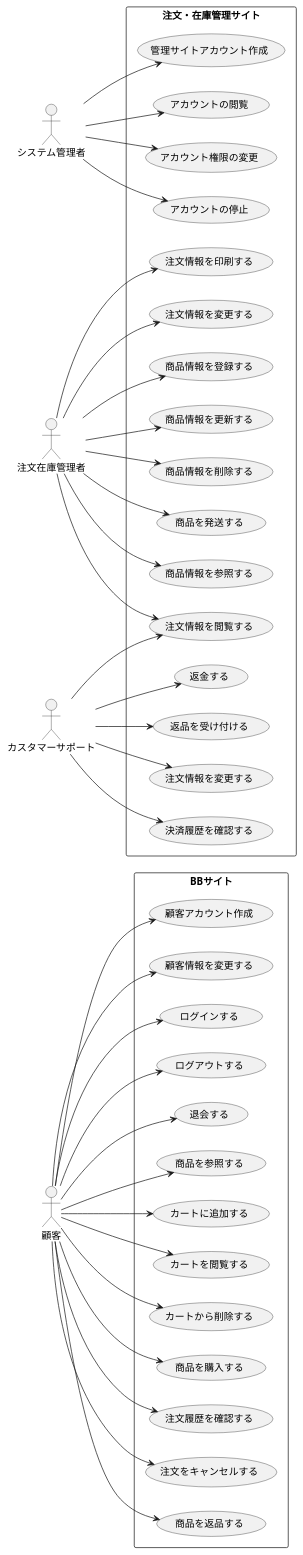
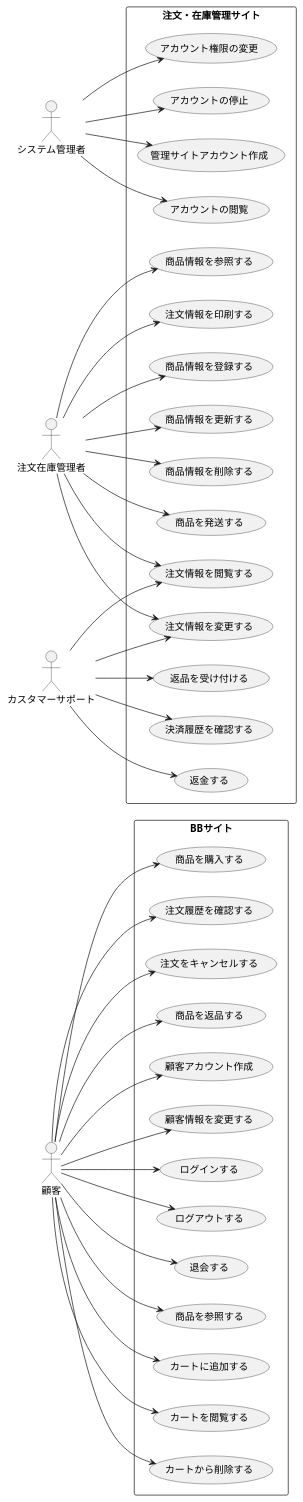
Before and after one commit to FujikawaHirono0520/group3_1_dogdog: the diagram in BB/usecase.pu, drawn with PlantUML.

Commit message:
【修正】二つある項目をひとつに統合

```diff
--- a/BB/usecase.pu
+++ b/BB/usecase.pu
@@ -1,80 +1,79 @@
 @startuml BB注文管理システムユースケース図
 left to right direction
 actor 顧客 as U
 
 actor システム管理者 as M
 
 actor 注文在庫管理者 as SM
 
 actor カスタマーサポート as CS
 
 rectangle BBサイト {
   usecase "顧客アカウント作成" as UC1
   usecase "顧客情報を変更する" as UC2
   usecase "ログインする" as UC3
   usecase "ログアウトする" as UC4
   usecase "退会する" as UC5
   usecase "商品を参照する" as UC6
   usecase "カートに追加する" as UC7
   usecase "カートを閲覧する" as UC8
   usecase "カートから削除する" as UC9
   usecase "商品を購入する" as UC10
   usecase "注文履歴を確認する" as UC11
   usecase "注文をキャンセルする" as UC12
   usecase "商品を返品する" as UC13
 }
 
 rectangle 注文・在庫管理サイト {
   usecase "管理サイトアカウント作成" as UC14
   usecase "アカウントの閲覧" as UC15
   usecase "アカウント権限の変更" as UC16
   usecase "アカウントの停止" as UC17
   usecase "商品情報を登録する" as UC18
   usecase "商品情報を更新する" as UC19
   usecase "商品情報を削除する" as UC20
   usecase "商品を発送する" as UC21
   usecase "商品情報を参照する" as UC22
   usecase "注文情報を印刷する" as UC23
   usecase "注文情報を閲覧する" as UC24
   usecase "注文情報を変更する" as UC25
   usecase "返金する" as UC26
   usecase "返品を受け付ける" as UC27
-  usecase "注文情報を変更する" as UC28
-  usecase "決済履歴を確認する" as UC29
+  usecase "決済履歴を確認する" as UC28
 }
 
 U --> UC1
 U --> UC2
 U --> UC3
 U --> UC4
 U --> UC5
 U --> UC6
 U --> UC7
 U --> UC8
 U --> UC9
 U --> UC10
 U --> UC11
 U --> UC12
 U --> UC13
 
 M --> UC14
 M --> UC15
 M --> UC16
 M --> UC17
 
 SM --> UC18
 SM --> UC19
 SM --> UC20
 SM --> UC21
 SM --> UC22
 SM --> UC23
 SM --> UC24
 SM --> UC25
 
 CS --> UC24
+CS --> UC25
 CS --> UC26
 CS --> UC27
 CS --> UC28
-CS --> UC29
 
 @enduml
```
